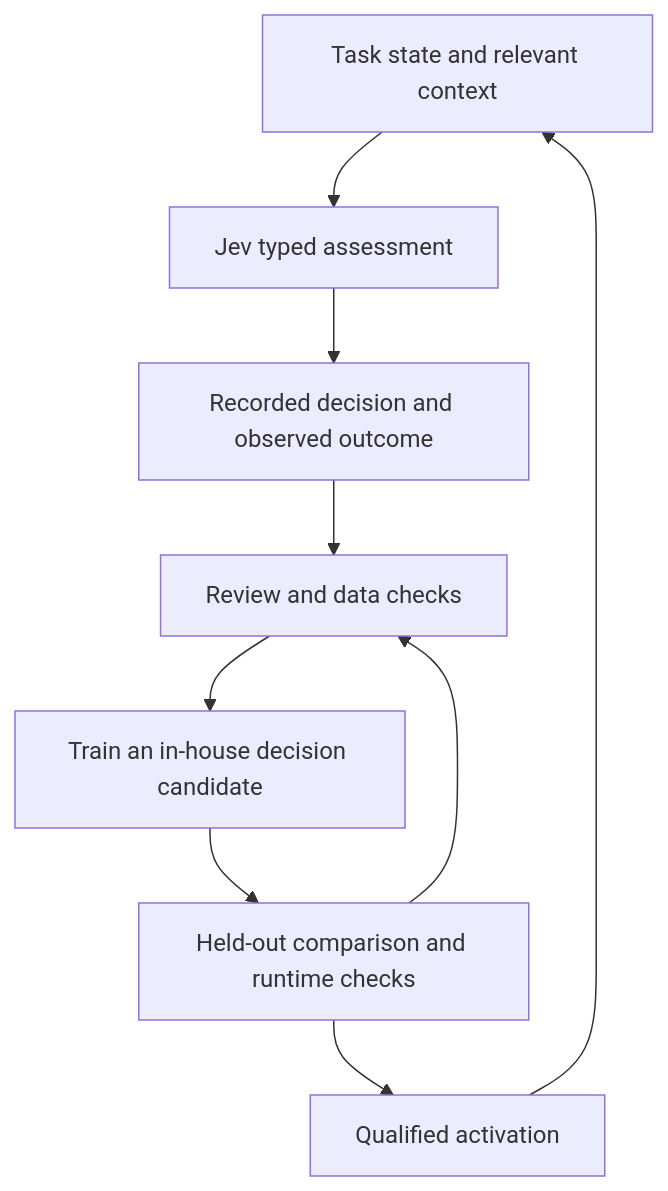
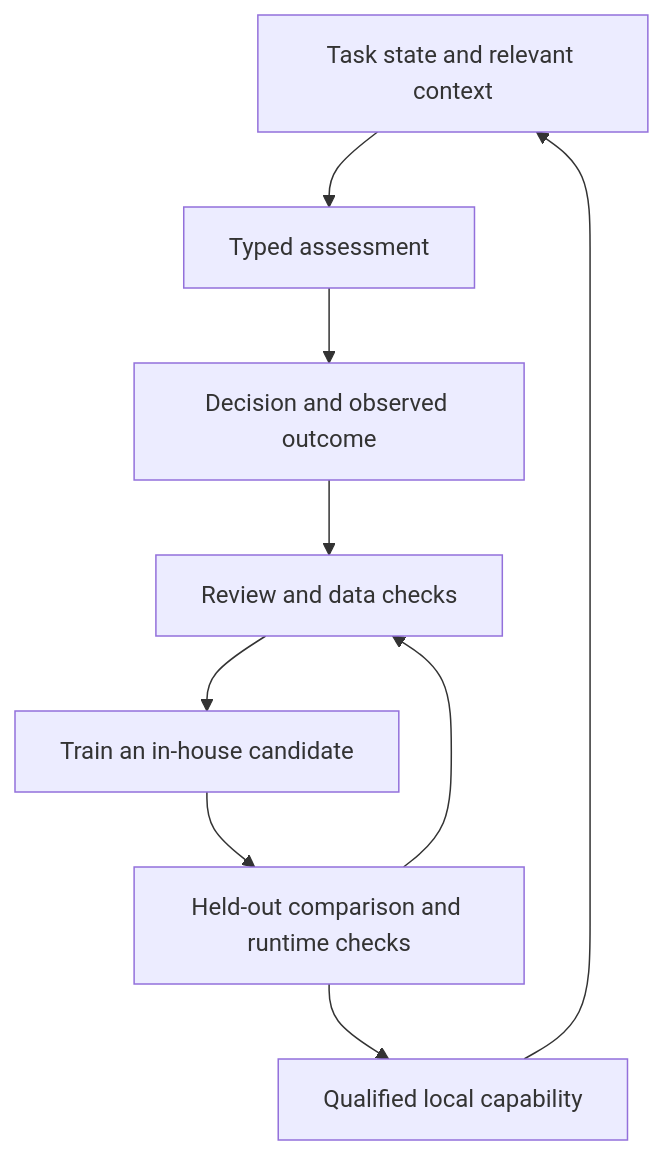
Before and after one commit to Prashant10009/agent-forge-showcase: the diagram in docs/DECISION_AND_RETRIEVAL_STACK.md, drawn with Mermaid. The commit also changed other lines of this file and 9 other files, not shown here.

````diff
--- a/docs/DECISION_AND_RETRIEVAL_STACK.md
+++ b/docs/DECISION_AND_RETRIEVAL_STACK.md
@@ -65,11 +41,11 @@
 ```mermaid
 flowchart TD
-  S["Task state and relevant context"] --> J["Jev typed assessment"]
-  J --> R["Recorded decision and observed outcome"]
+  S["Task state and relevant context"] --> J["Typed assessment"]
+  J --> R["Decision and observed outcome"]
   R --> V["Review and data checks"]
-  V --> T["Train an in-house decision candidate"]
+  V --> T["Train an in-house candidate"]
   T --> E["Held-out comparison and runtime checks"]
-  E --> A["Qualified activation"]
+  E --> A["Qualified local capability"]
   A --> S
   E --> V
 ```
````
